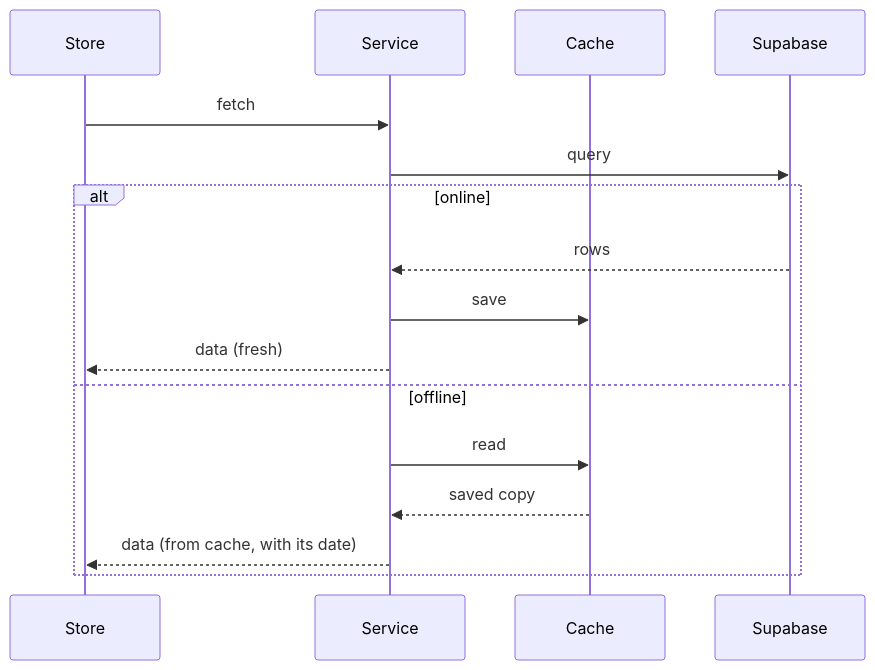
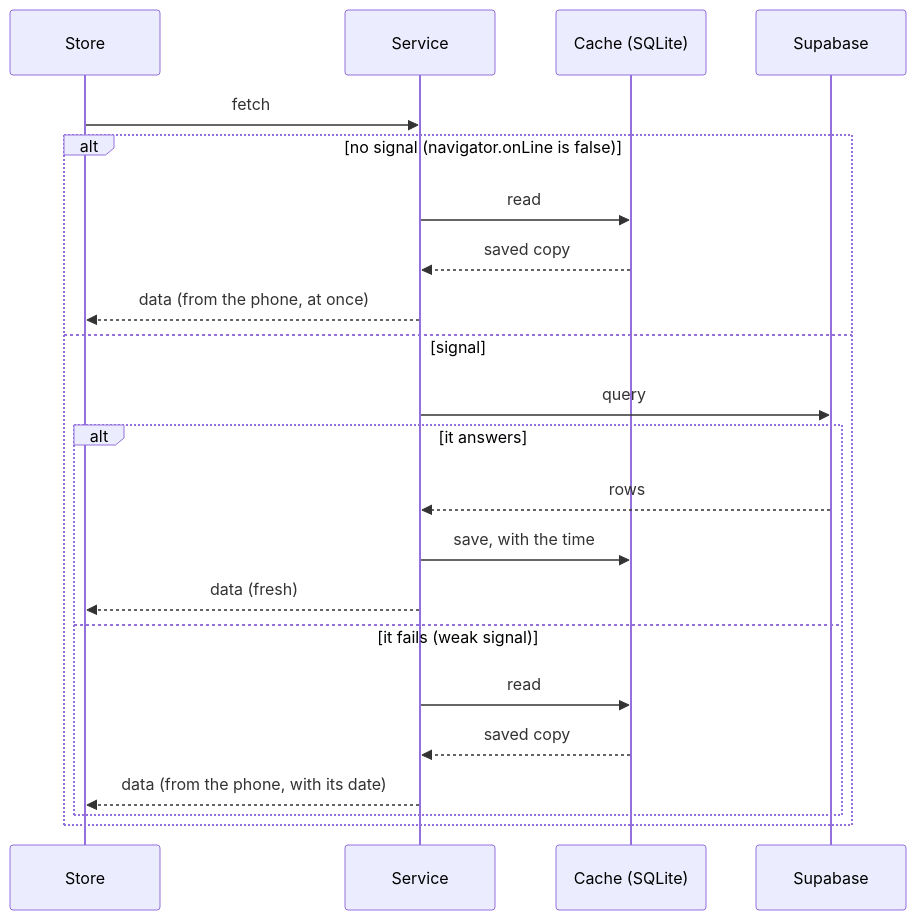
The seventh of 11 diagrams in docs/architecture.md (yslruzly/AniSense), drawn with Mermaid before and after one commit. The commit also changed other lines of this file and 2 other files, not shown here.

Commit message:
Docs: SQLite offline design, opening without signal, orders and ratings live, featured farmers, nationwide sign-up, tab memory

````diff
--- a/docs/architecture.md
+++ b/docs/architecture.md
@@ -345,19 +351,25 @@
 ```mermaid
 sequenceDiagram
   participant S as Store
   participant Sv as Service
-  participant C as Cache
+  participant C as Cache (SQLite)
   participant DB as Supabase
 
   S->>Sv: fetch
-  Sv->>DB: query
-  alt online
-    DB-->>Sv: rows
-    Sv->>C: save
-    Sv-->>S: data (fresh)
-  else offline
+  alt no signal (navigator.onLine is false)
     Sv->>C: read
     C-->>Sv: saved copy
-    Sv-->>S: data (from cache, with its date)
+    Sv-->>S: data (from the phone, at once)
+  else signal
+    Sv->>DB: query
+    alt it answers
+      DB-->>Sv: rows
+      Sv->>C: save, with the time
+      Sv-->>S: data (fresh)
+    else it fails (weak signal)
+      Sv->>C: read
+      C-->>Sv: saved copy
+      Sv-->>S: data (from the phone, with its date)
+    end
   end
 ```
````
